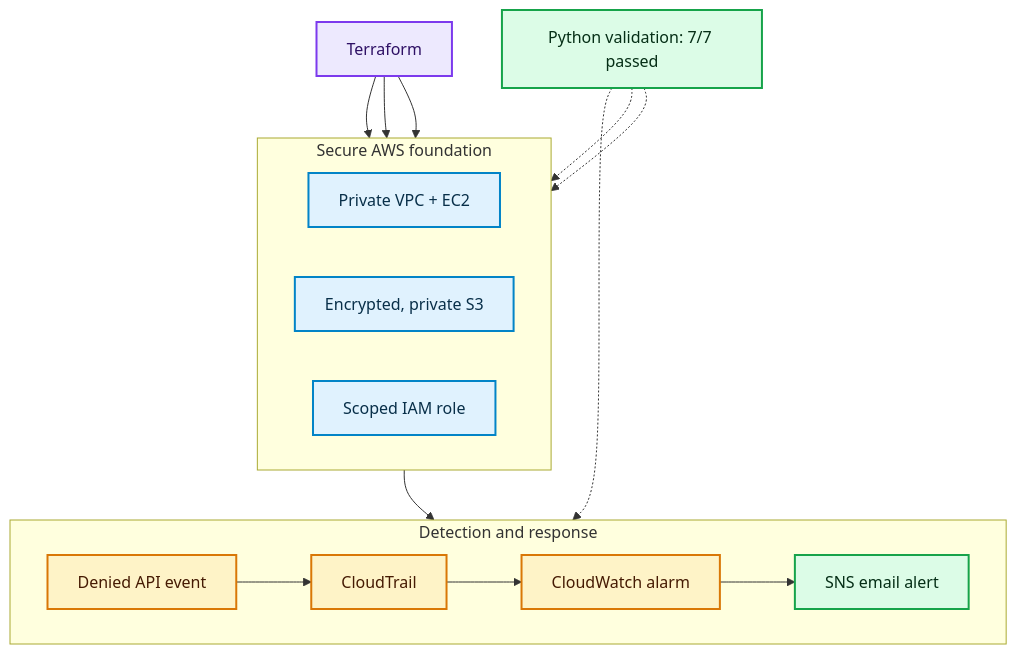
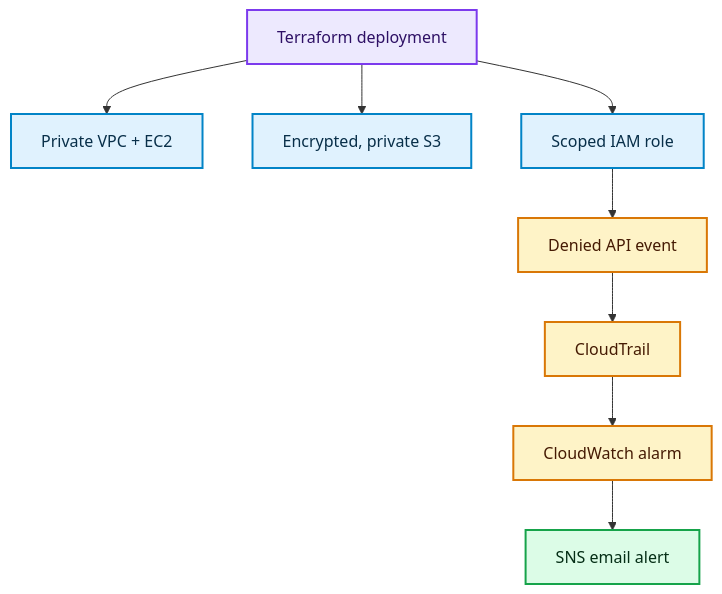
The diagram in README.md (oe1600/cloud-infrastructure-security-monitoring), drawn with Mermaid before and after one commit. The commit also changed other lines of this file, not shown here.

Commit message:
Expand security design and test outcomes without walkthrough

````diff
--- a/README.md
+++ b/README.md
@@ -7,35 +7,22 @@
 ```mermaid
 flowchart TB
-    TF["Terraform"]
-
-    subgraph FOUNDATION["Secure AWS foundation"]
-        direction LR
-        VPC["Private VPC + EC2"]
-        S3["Encrypted, private S3"]
-        IAM["Scoped IAM role"]
-    end
-
-    subgraph DETECTION["Detection and response"]
-        direction LR
-        TEST["Denied API event"] --> TRAIL["CloudTrail"]
-        TRAIL --> WATCH["CloudWatch alarm"]
-        WATCH --> SNS["SNS email alert"]
-    end
-
+    TF["Terraform deployment"]
     TF --> VPC
     TF --> S3
     TF --> IAM
-    IAM --> TEST
-    CHECK["Python validation: 7/7 passed"] -.-> VPC
-    CHECK -.-> S3
-    CHECK -.-> TRAIL
+    VPC["Private VPC + EC2"]
+    S3["Encrypted, private S3"]
+    IAM["Scoped IAM role"] --> TEST["Denied API event"]
+    TEST --> TRAIL["CloudTrail"]
+    TRAIL --> WATCH["CloudWatch alarm"]
+    WATCH --> SNS["SNS email alert"]
 
     classDef source fill:#ede9fe,stroke:#7c3aed,color:#2e1065,stroke-width:2px
     classDef secure fill:#e0f2fe,stroke:#0284c7,color:#082f49,stroke-width:2px
     classDef monitor fill:#fef3c7,stroke:#d97706,color:#451a03,stroke-width:2px
     classDef result fill:#dcfce7,stroke:#16a34a,color:#052e16,stroke-width:2px
     class TF source
     class VPC,S3,IAM secure
     class TEST,TRAIL,WATCH monitor
-    class SNS,CHECK result
+    class SNS result
 ```
````
